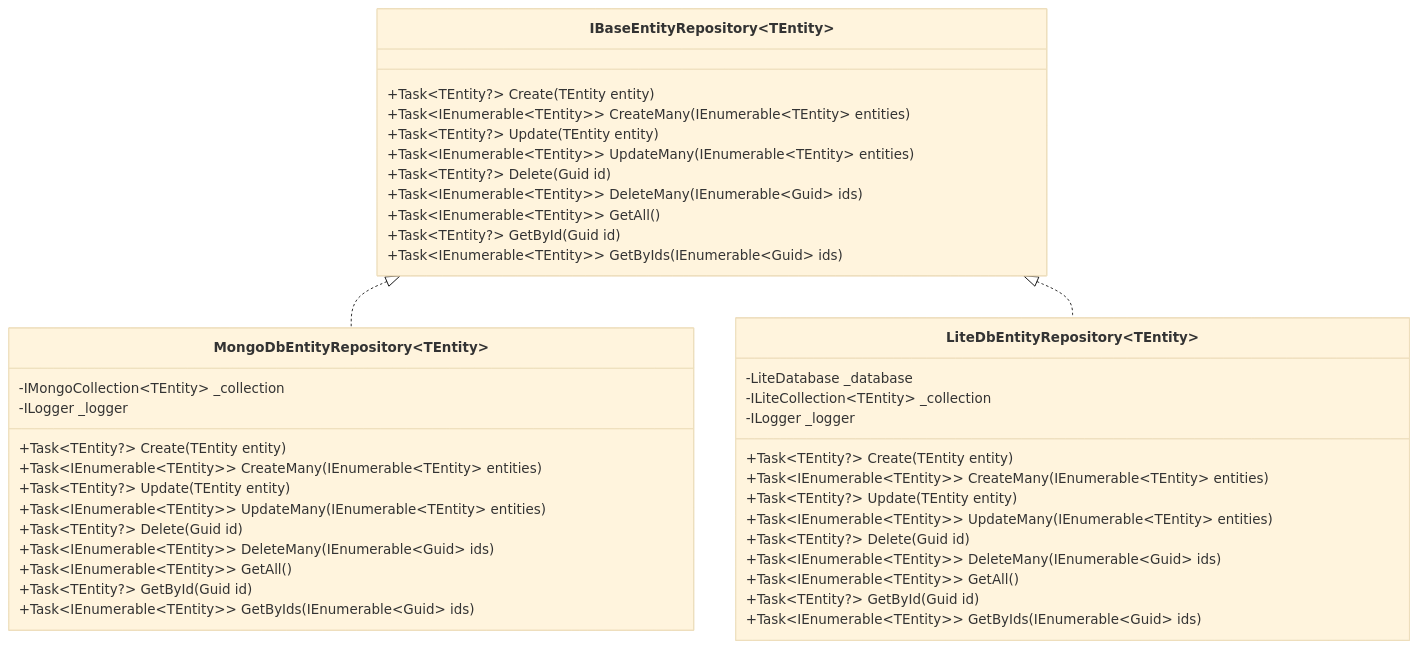
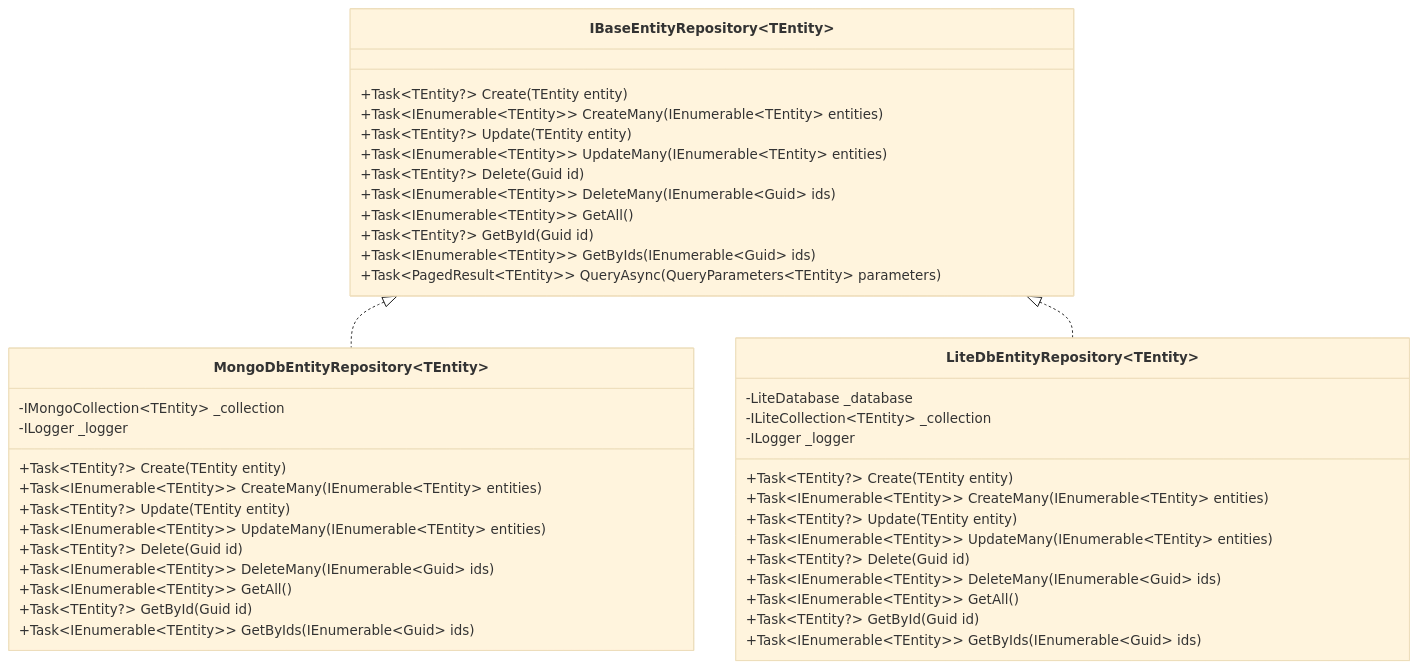
The third of 5 diagrams in memory-bank/systemPatterns.md (pournasserian/FluentCMS), drawn with Mermaid (base theme) before and after one commit. The commit also changed other lines of this file and 10 other files, not shown here.

````diff
--- a/memory-bank/systemPatterns.md
+++ b/memory-bank/systemPatterns.md
@@ -174,46 +174,47 @@
 ```mermaid
 classDiagram
     class IBaseEntityRepository~TEntity~ {
         +Task~TEntity?~ Create(TEntity entity)
         +Task~IEnumerable~TEntity~~ CreateMany(IEnumerable~TEntity~ entities)
         +Task~TEntity?~ Update(TEntity entity)
         +Task~IEnumerable~TEntity~~ UpdateMany(IEnumerable~TEntity~ entities)
         +Task~TEntity?~ Delete(Guid id)
         +Task~IEnumerable~TEntity~~ DeleteMany(IEnumerable~Guid~ ids)
         +Task~IEnumerable~TEntity~~ GetAll()
         +Task~TEntity?~ GetById(Guid id)
         +Task~IEnumerable~TEntity~~ GetByIds(IEnumerable~Guid~ ids)
+        +Task~PagedResult~TEntity~~ QueryAsync(QueryParameters~TEntity~ parameters)
     }
     
     class MongoDbEntityRepository~TEntity~ {
         -IMongoCollection~TEntity~ _collection
         -ILogger _logger
         +Task~TEntity?~ Create(TEntity entity)
         +Task~IEnumerable~TEntity~~ CreateMany(IEnumerable~TEntity~ entities)
         +Task~TEntity?~ Update(TEntity entity)
         +Task~IEnumerable~TEntity~~ UpdateMany(IEnumerable~TEntity~ entities)
         +Task~TEntity?~ Delete(Guid id)
         +Task~IEnumerable~TEntity~~ DeleteMany(IEnumerable~Guid~ ids)
         +Task~IEnumerable~TEntity~~ GetAll()
         +Task~TEntity?~ GetById(Guid id)
         +Task~IEnumerable~TEntity~~ GetByIds(IEnumerable~Guid~ ids)
     }
     
     class LiteDbEntityRepository~TEntity~ {
         -LiteDatabase _database
         -ILiteCollection~TEntity~ _collection
         -ILogger _logger
         +Task~TEntity?~ Create(TEntity entity)
         +Task~IEnumerable~TEntity~~ CreateMany(IEnumerable~TEntity~ entities)
         +Task~TEntity?~ Update(TEntity entity)
         +Task~IEnumerable~TEntity~~ UpdateMany(IEnumerable~TEntity~ entities)
         +Task~TEntity?~ Delete(Guid id)
         +Task~IEnumerable~TEntity~~ DeleteMany(IEnumerable~Guid~ ids)
         +Task~IEnumerable~TEntity~~ GetAll()
         +Task~TEntity?~ GetById(Guid id)
         +Task~IEnumerable~TEntity~~ GetByIds(IEnumerable~Guid~ ids)
     }
     
     IBaseEntityRepository <|.. MongoDbEntityRepository
     IBaseEntityRepository <|.. LiteDbEntityRepository
 ```
````
